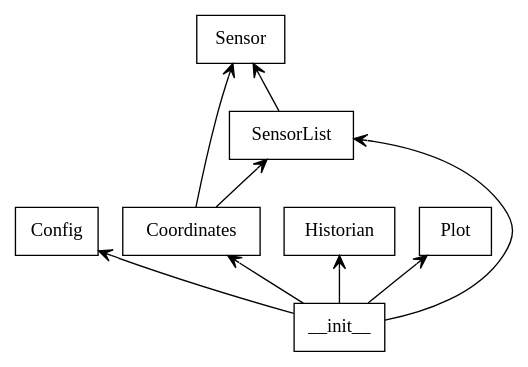
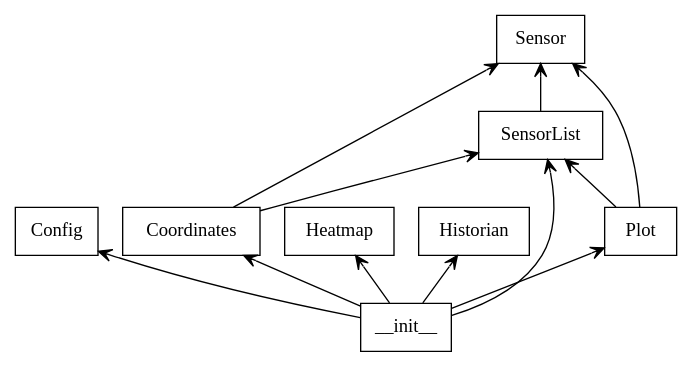
The diagram in src/packages.dot (willemvandergaag/NUC), drawn with Graphviz before and after one commit. The commit also changed 13 other files, not shown here.

```diff
--- a/src/packages.dot
+++ b/src/packages.dot
@@ -1,19 +1,23 @@
 digraph "packages" {
 charset="utf-8"
 rankdir=BT
 "0" [label="Config", shape="box"];
 "1" [label="Coordinates", shape="box"];
-"2" [label="Historian", shape="box"];
-"3" [label="Plot", shape="box"];
-"4" [label="Sensor", shape="box"];
-"5" [label="SensorList", shape="box"];
-"6" [label="__init__", shape="box"];
-"1" -> "4" [arrowhead="open", arrowtail="none"];
+"2" [label="Heatmap", shape="box"];
+"3" [label="Historian", shape="box"];
+"4" [label="Plot", shape="box"];
+"5" [label="Sensor", shape="box"];
+"6" [label="SensorList", shape="box"];
+"7" [label="__init__", shape="box"];
 "1" -> "5" [arrowhead="open", arrowtail="none"];
-"5" -> "4" [arrowhead="open", arrowtail="none"];
-"6" -> "0" [arrowhead="open", arrowtail="none"];
-"6" -> "1" [arrowhead="open", arrowtail="none"];
-"6" -> "2" [arrowhead="open", arrowtail="none"];
-"6" -> "3" [arrowhead="open", arrowtail="none"];
+"1" -> "6" [arrowhead="open", arrowtail="none"];
+"4" -> "5" [arrowhead="open", arrowtail="none"];
+"4" -> "6" [arrowhead="open", arrowtail="none"];
 "6" -> "5" [arrowhead="open", arrowtail="none"];
+"7" -> "0" [arrowhead="open", arrowtail="none"];
+"7" -> "1" [arrowhead="open", arrowtail="none"];
+"7" -> "2" [arrowhead="open", arrowtail="none"];
+"7" -> "3" [arrowhead="open", arrowtail="none"];
+"7" -> "4" [arrowhead="open", arrowtail="none"];
+"7" -> "6" [arrowhead="open", arrowtail="none"];
 }
```
